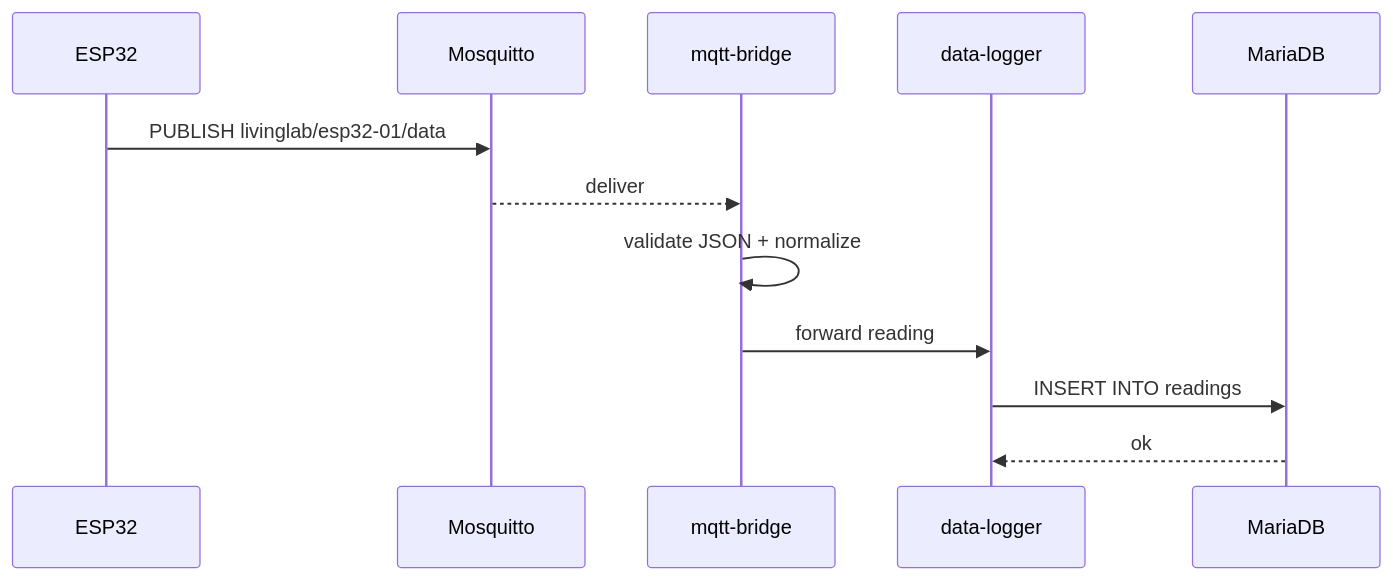
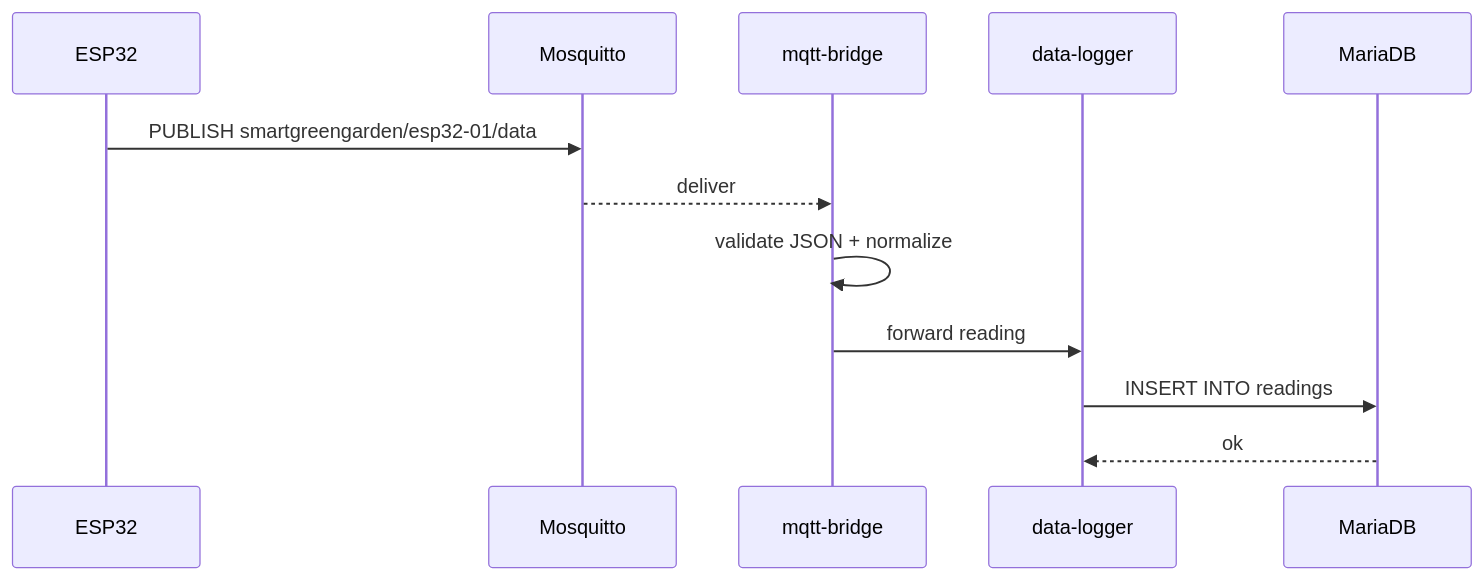
The second of 2 diagrams in docs/architecture.md (livinglab-source/Romyadhy), drawn with Mermaid before and after one commit. The commit also changed other lines of this file and 32 other files, not shown here.

````diff
--- a/docs/architecture.md
+++ b/docs/architecture.md
@@ -56,15 +56,15 @@
 ```mermaid
 sequenceDiagram
   participant E as ESP32
   participant M as Mosquitto
   participant B as mqtt-bridge
   participant L as data-logger
   participant D as MariaDB
 
-  E->>M: PUBLISH livinglab/esp32-01/data
+  E->>M: PUBLISH smartgreengarden/esp32-01/data
   M-->>B: deliver
   B->>B: validate JSON + normalize
   B->>L: forward reading
   L->>D: INSERT INTO readings
   D-->>L: ok
 ```
````
